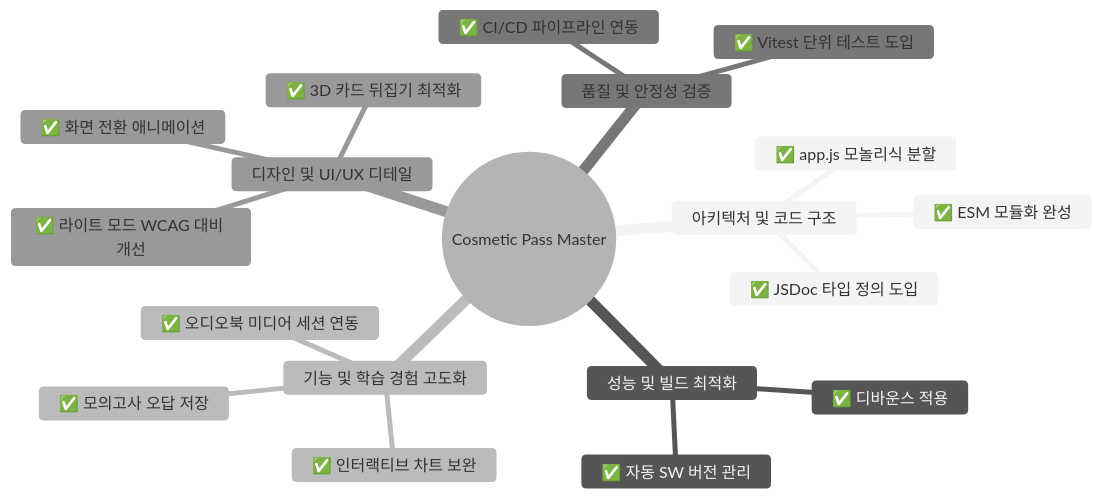
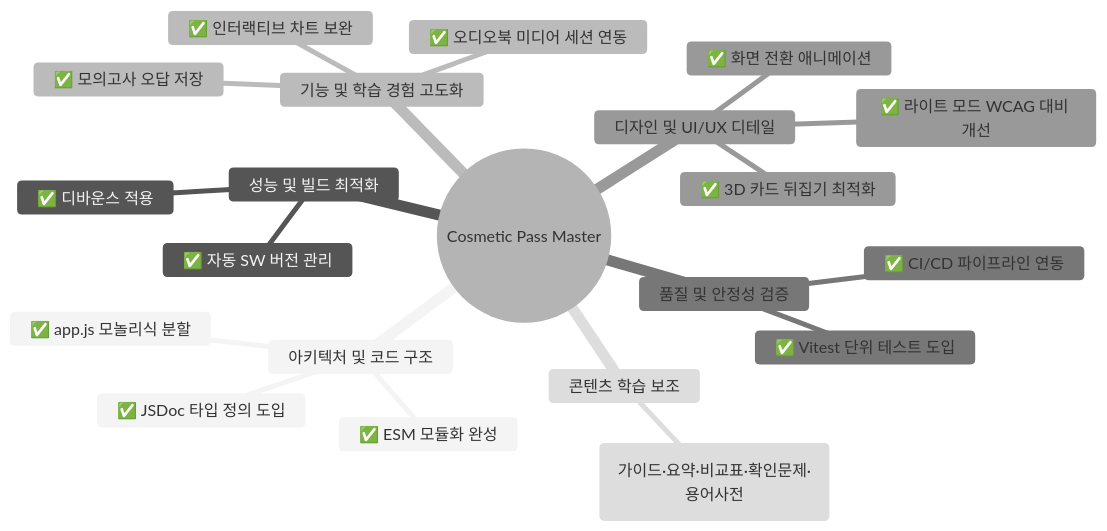
The diagram in docs/dev/IMPROVEMENTS_REPORT.md (skygoldlee-cyber/Personalized_Skincare), drawn with Mermaid (neutral theme) before and after one commit. The commit also changed other lines of this file and 27 other files, not shown here.

````diff
--- a/docs/dev/IMPROVEMENTS_REPORT.md
+++ b/docs/dev/IMPROVEMENTS_REPORT.md
@@ -19,22 +21,24 @@
 ```mermaid
 mindmap
   root((Cosmetic Pass Master))
     아키텍처 및 코드 구조
       ✅ app.js 모놀리식 분할
       ✅ ESM 모듈화 완성
       ✅ JSDoc 타입 정의 도입
     성능 및 빌드 최적화
       ✅ 디바운스 적용
       ✅ 자동 SW 버전 관리
     기능 및 학습 경험 고도화
       ✅ 모의고사 오답 저장
       ✅ 오디오북 미디어 세션 연동
       ✅ 인터랙티브 차트 보완
     품질 및 안정성 검증
       ✅ Vitest 단위 테스트 도입
       ✅ CI/CD 파이프라인 연동
     디자인 및 UI/UX 디테일
       ✅ 화면 전환 애니메이션
       ✅ 3D 카드 뒤집기 최적화
       ✅ 라이트 모드 WCAG 대비 개선
+    콘텐츠 학습 보조
+      ✅ 5대 학습 보조 개선 (가이드·요약·비교표·확인문제·용어사전)
 ```
````
